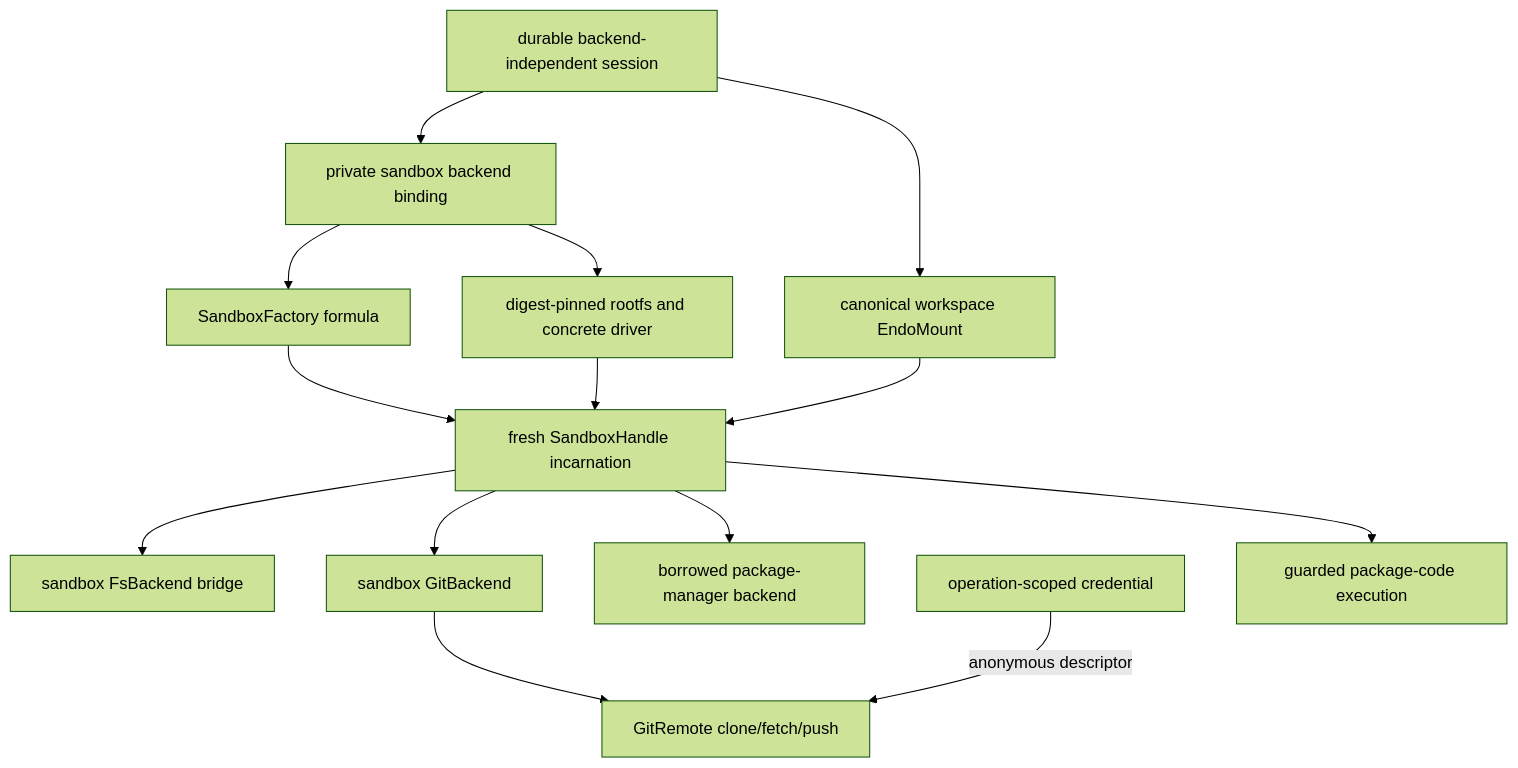
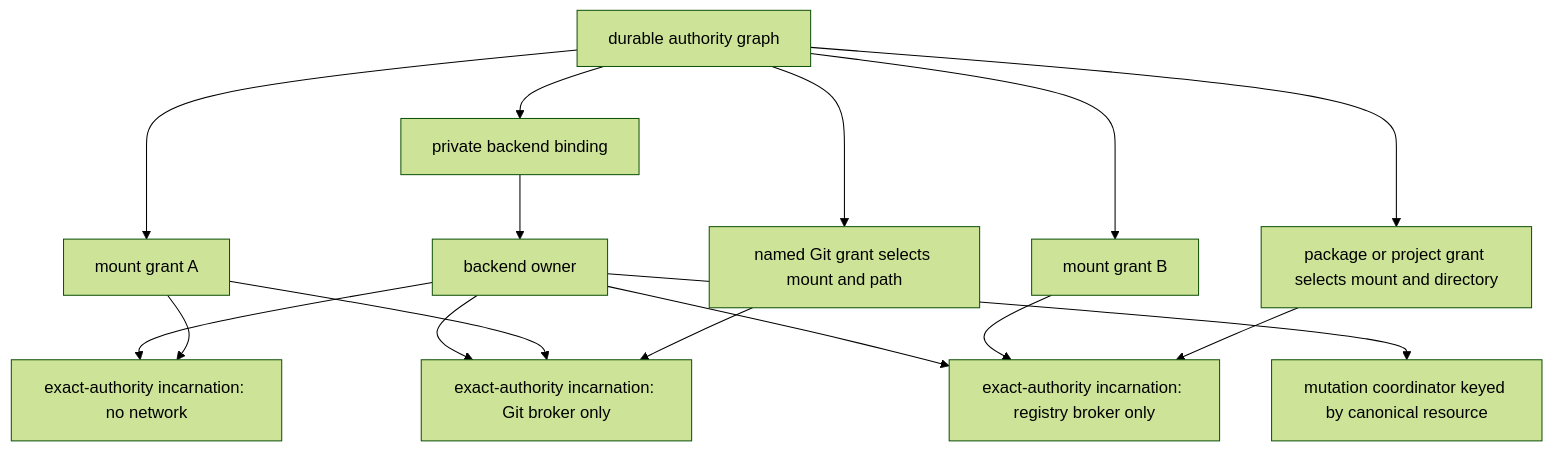
The diagram in designs/session-sandbox-backend.md (endojs/endo-but-for-bots), drawn with Mermaid (forest theme) before and after one commit. The commit also changed other lines of this file and 1 other file, not shown here.

Commit message:
design: refresh confined session backend

````diff
--- a/designs/session-sandbox-backend.md
+++ b/designs/session-sandbox-backend.md
@@ -108,16 +98,18 @@
 ```mermaid
 flowchart TD
-    S[durable backend-independent session] --> B[private sandbox backend binding]
-    S --> WM[canonical workspace EndoMount]
-    B --> SF[SandboxFactory formula]
-    B --> RP[digest-pinned rootfs and concrete driver]
-    SF --> H[fresh SandboxHandle incarnation]
-    WM --> H
-    RP --> H
-    H --> FSB[sandbox FsBackend bridge]
-    H --> GB[sandbox GitBackend]
-    H --> PMB[borrowed package-manager backend]
-    GB --> GR[GitRemote clone/fetch/push]
-    C[operation-scoped credential] -->|anonymous descriptor| GR
-    H --> PX[guarded package-code execution]
+    G[durable authority graph] --> M1[mount grant A]
+    G --> M2[mount grant B]
+    G --> Git[named Git grant selects mount and path]
+    G --> PM[package or project grant selects mount and directory]
+    G --> B[private backend binding]
+    B --> O[backend owner]
+    O --> H1[exact-authority incarnation: no network]
+    O --> H2[exact-authority incarnation: Git broker only]
+    O --> H3[exact-authority incarnation: registry broker only]
+    M1 --> H1
+    M1 --> H2
+    M2 --> H3
+    Git --> H2
+    PM --> H3
+    O --> L[mutation coordinator keyed by canonical resource]
 ```
````
